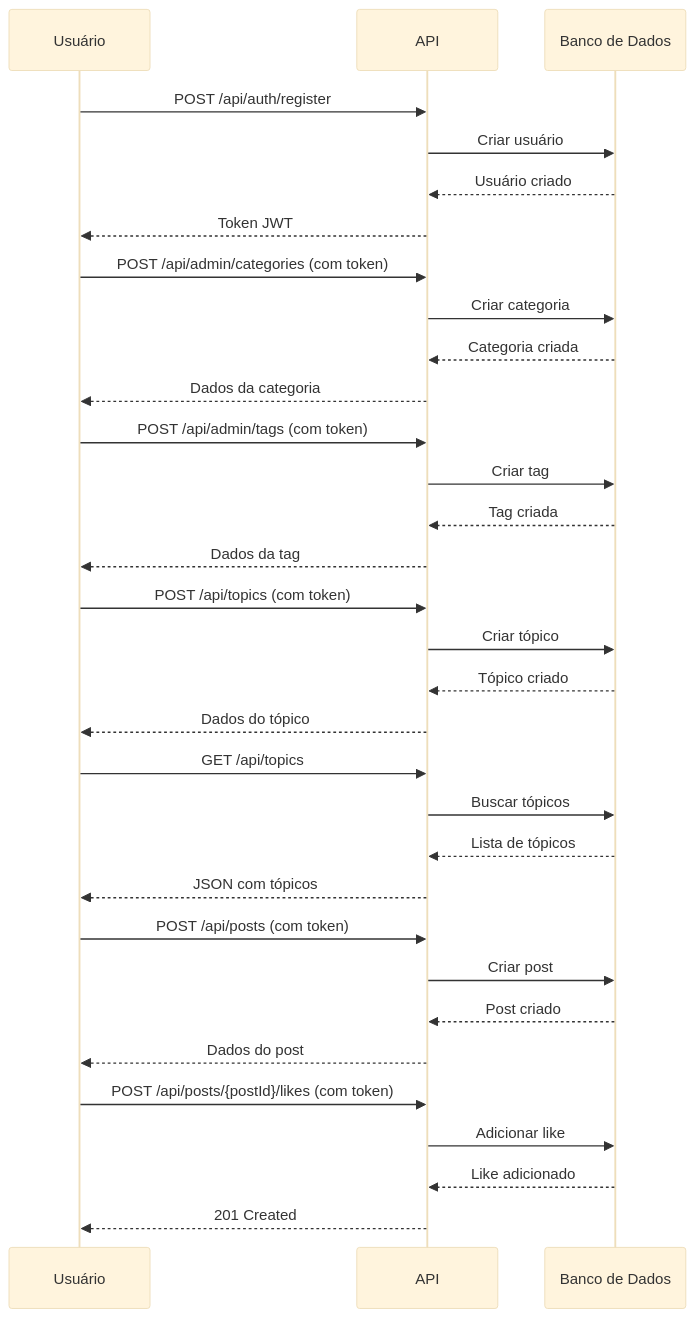
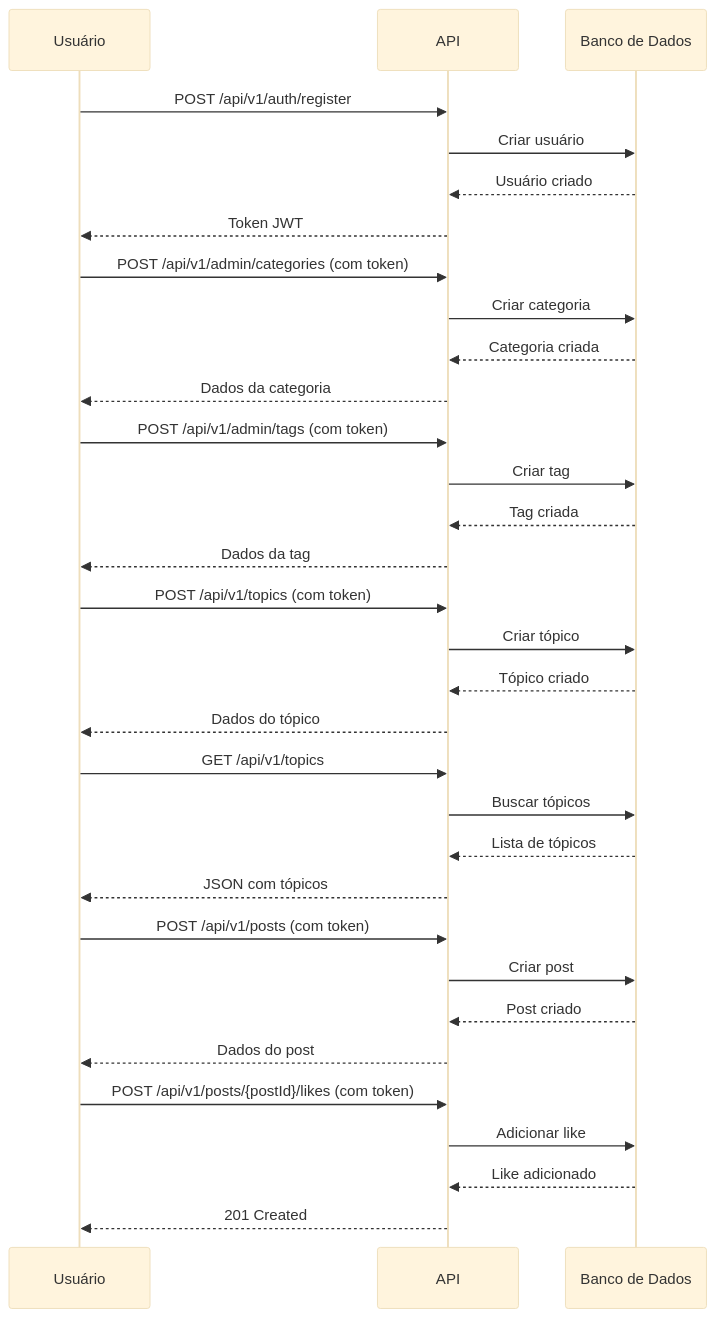
Before and after one commit to OORException/out-of-range-exception: the diagram in docs/markdown/GUIA_RAPIDO.md, drawn with Mermaid (base theme). The commit also changed other lines of this file and 4 other files, not shown here.

````diff
--- a/docs/markdown/GUIA_RAPIDO.md
+++ b/docs/markdown/GUIA_RAPIDO.md
@@ -209,41 +209,41 @@
 ```mermaid
 sequenceDiagram
     participant U as Usuário
     participant A as API
     participant DB as Banco de Dados
 
-    U->>A: POST /api/auth/register
+    U->>A: POST /api/v1/auth/register
     A->>DB: Criar usuário
     DB-->>A: Usuário criado
     A-->>U: Token JWT
 
-    U->>A: POST /api/admin/categories (com token)
+    U->>A: POST /api/v1/admin/categories (com token)
     A->>DB: Criar categoria
     DB-->>A: Categoria criada
     A-->>U: Dados da categoria
 
-    U->>A: POST /api/admin/tags (com token)
+    U->>A: POST /api/v1/admin/tags (com token)
     A->>DB: Criar tag
     DB-->>A: Tag criada
     A-->>U: Dados da tag
 
-    U->>A: POST /api/topics (com token)
+    U->>A: POST /api/v1/topics (com token)
     A->>DB: Criar tópico
     DB-->>A: Tópico criado
     A-->>U: Dados do tópico
 
-    U->>A: GET /api/topics
+    U->>A: GET /api/v1/topics
     A->>DB: Buscar tópicos
     DB-->>A: Lista de tópicos
     A-->>U: JSON com tópicos
 
-    U->>A: POST /api/posts (com token)
+    U->>A: POST /api/v1/posts (com token)
     A->>DB: Criar post
     DB-->>A: Post criado
     A-->>U: Dados do post
 
-    U->>A: POST /api/posts/{postId}/likes (com token)
+    U->>A: POST /api/v1/posts/{postId}/likes (com token)
     A->>DB: Adicionar like
     DB-->>A: Like adicionado
     A-->>U: 201 Created
 ```
````
